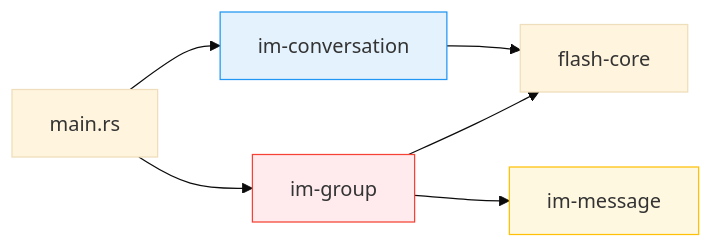
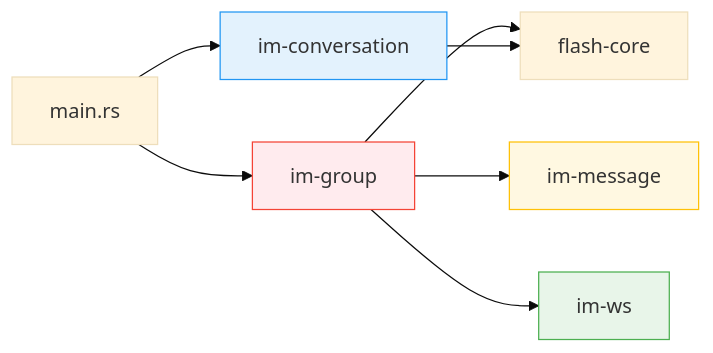
Before and after one commit to toly1994328/flash_im_by_ai: the first of 5 diagrams in docs/features/archiver/modules/group/server.md, drawn with Mermaid (base theme). The commit also changed other lines of this file and 68 other files, not shown here.

````diff
--- a/docs/features/archiver/modules/group/server.md
+++ b/docs/features/archiver/modules/group/server.md
@@ -19,12 +20,14 @@
 ```mermaid
 graph LR
     MAIN[main.rs] --> IG[im-group]
     MAIN --> IC[im-conversation]
     IG --> FC[flash-core]
     IG --> IM[im-message]
+    IG --> IW[im-ws]
     IC --> FC
 
     style IG fill:#FFEBEE,stroke:#F44336
     style IC fill:#E3F2FD,stroke:#2196F3
     style IM fill:#FFF8E1,stroke:#FFC107
+    style IW fill:#E8F5E9,stroke:#4CAF50
 ```
````
